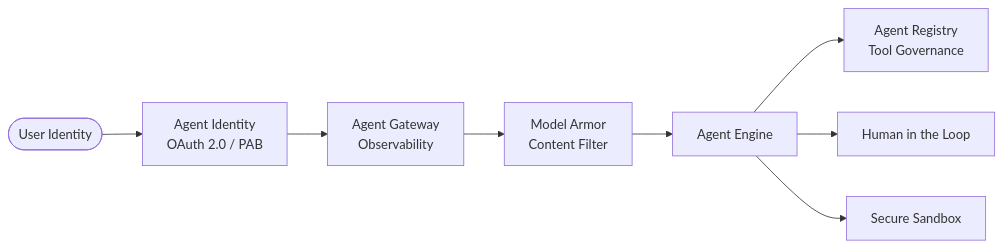
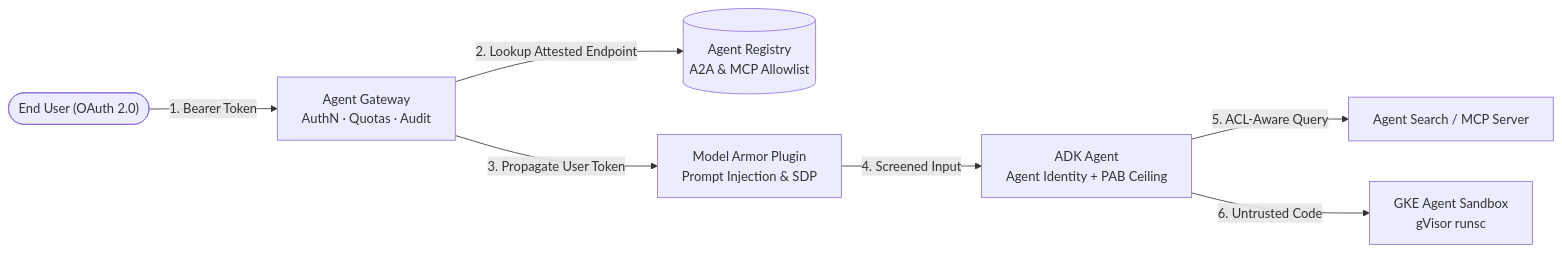
The fourth of 4 diagrams in STUDY_GUIDE.md (cmanikandan/gcp-certification-professional-agentic-architect), drawn with Mermaid before and after one commit. The commit also changed other lines of this file and 24 other files, not shown here.

Commit message:
feat: add Labs 19-20 (GKE Inference Gateway, GPU serving, AI Threat Defense) and expand practice exam to 75 questions

````diff
--- a/STUDY_GUIDE.md
+++ b/STUDY_GUIDE.md
@@ -148,10 +189,9 @@
 ```mermaid
 flowchart LR
-    User([User Identity]) --> ID[Agent Identity <br> OAuth 2.0 / PAB]
-    ID --> GW[Agent Gateway <br> Observability]
-    GW --> MA[Model Armor <br> Content Filter]
-    MA --> AG[Agent Engine]
-    AG --> Reg[Agent Registry <br> Tool Governance]
-    AG --> HITL[Human in the Loop]
-    AG --> Exec[Secure Sandbox]
+    User(["End User (OAuth 2.0)"]) -->|"1. Bearer Token"| GW["Agent Gateway<br/>AuthN · Quotas · Audit"]
+    GW -->|"2. Lookup Attested Endpoint"| Reg[("Agent Registry<br/>A2A & MCP Allowlist")]
+    GW -->|"3. Propagate User Token"| MA["Model Armor Plugin<br/>Prompt Injection & SDP"]
+    MA -->|"4. Screened Input"| AG["ADK Agent<br/>Agent Identity + PAB Ceiling"]
+    AG -->|"5. ACL-Aware Query"| Search["Agent Search / MCP Server"]
+    AG -->|"6. Untrusted Code"| SBX["GKE Agent Sandbox<br/>gVisor runsc"]
 ```
````
